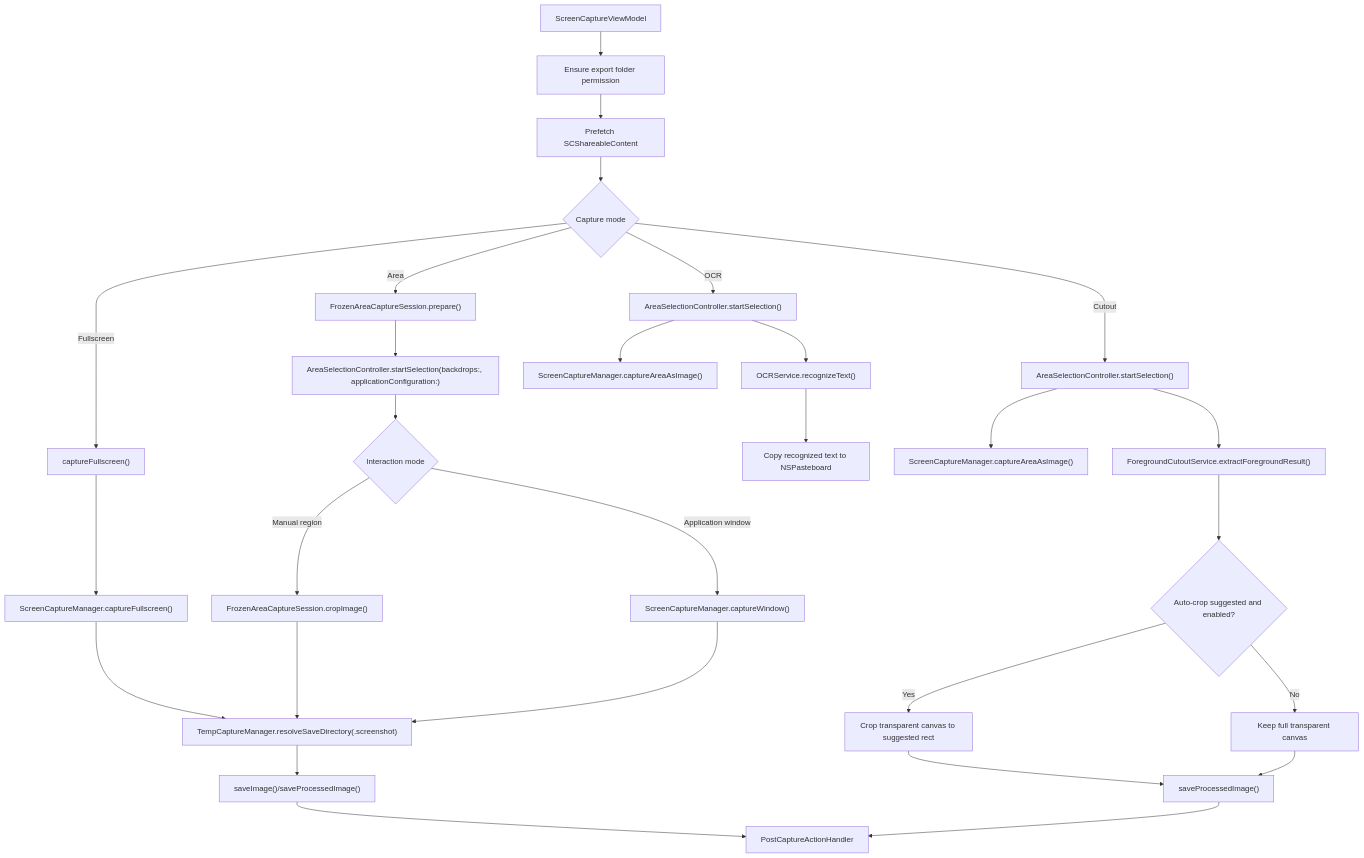
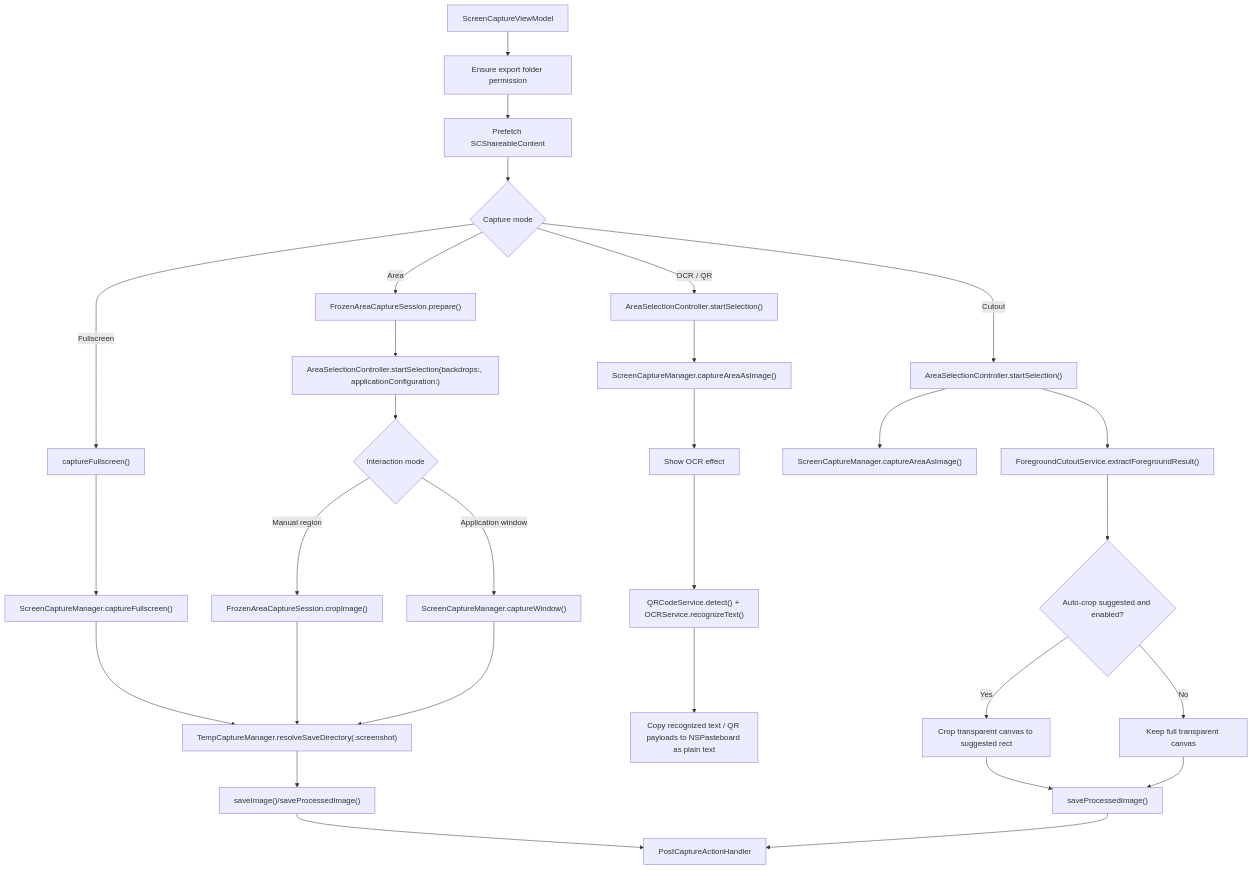
Before and after one commit to duongden/Snapzy: the second of 7 diagrams in docs/CAPTURE.md, drawn with Mermaid. The commit also changed other lines of this file and 14 other files, not shown here.

````diff
--- a/docs/CAPTURE.md
+++ b/docs/CAPTURE.md
@@ -43,36 +43,37 @@
 ```mermaid
 flowchart TD
     A["ScreenCaptureViewModel"] --> B["Ensure export folder permission"]
     B --> C["Prefetch SCShareableContent"]
     C --> D{"Capture mode"}
 
     D -->|Fullscreen| E["captureFullscreen()"]
     D -->|Area| F["FrozenAreaCaptureSession.prepare()"]
-    D -->|OCR| G["AreaSelectionController.startSelection()"]
+    D -->|OCR / QR| G["AreaSelectionController.startSelection()"]
     D -->|Cutout| H["AreaSelectionController.startSelection()"]
 
     E --> I["ScreenCaptureManager.captureFullscreen()"]
     F --> J["AreaSelectionController.startSelection(backdrops:, applicationConfiguration:)"]
     J --> K{"Interaction mode"}
     K -->|Manual region| K1["FrozenAreaCaptureSession.cropImage()"]
     K -->|Application window| K2["ScreenCaptureManager.captureWindow()"]
     G --> L["ScreenCaptureManager.captureAreaAsImage()"]
     H --> M["ScreenCaptureManager.captureAreaAsImage()"]
 
     I --> N["TempCaptureManager.resolveSaveDirectory(.screenshot)"]
     K1 --> N
     K2 --> N
     N --> O["saveImage()/saveProcessedImage()"]
     O --> P["PostCaptureActionHandler"]
 
-    G --> Q["OCRService.recognizeText()"]
-    Q --> R["Copy recognized text to NSPasteboard"]
+    L --> Q0["Show OCR effect"]
+    Q0 --> Q["QRCodeService.detect() + OCRService.recognizeText()"]
+    Q --> R["Copy recognized text / QR payloads to NSPasteboard as plain text"]
 
     H --> S["ForegroundCutoutService.extractForegroundResult()"]
     S --> T{"Auto-crop suggested and enabled?"}
     T -->|Yes| U["Crop transparent canvas to suggested rect"]
     T -->|No| V["Keep full transparent canvas"]
     U --> W["saveProcessedImage()"]
     V --> W
     W --> P
 ```
````
